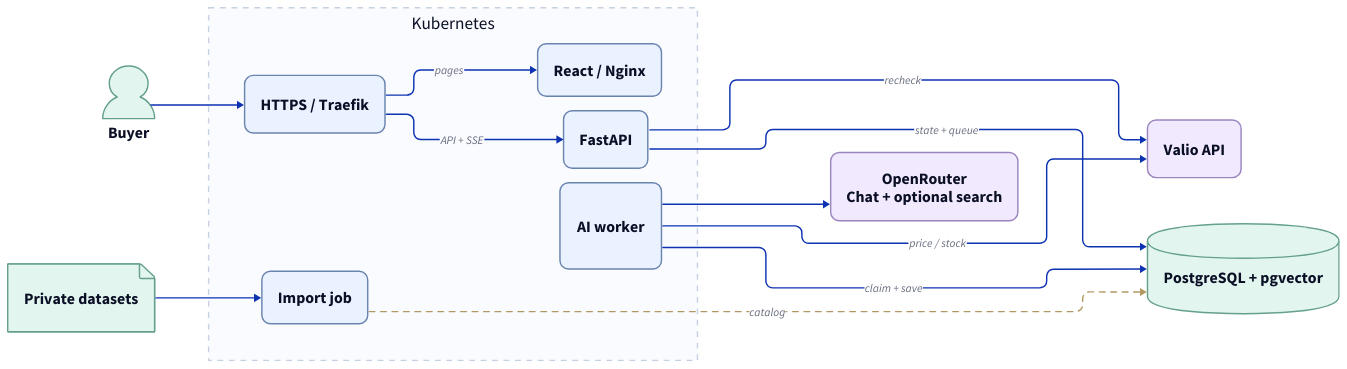
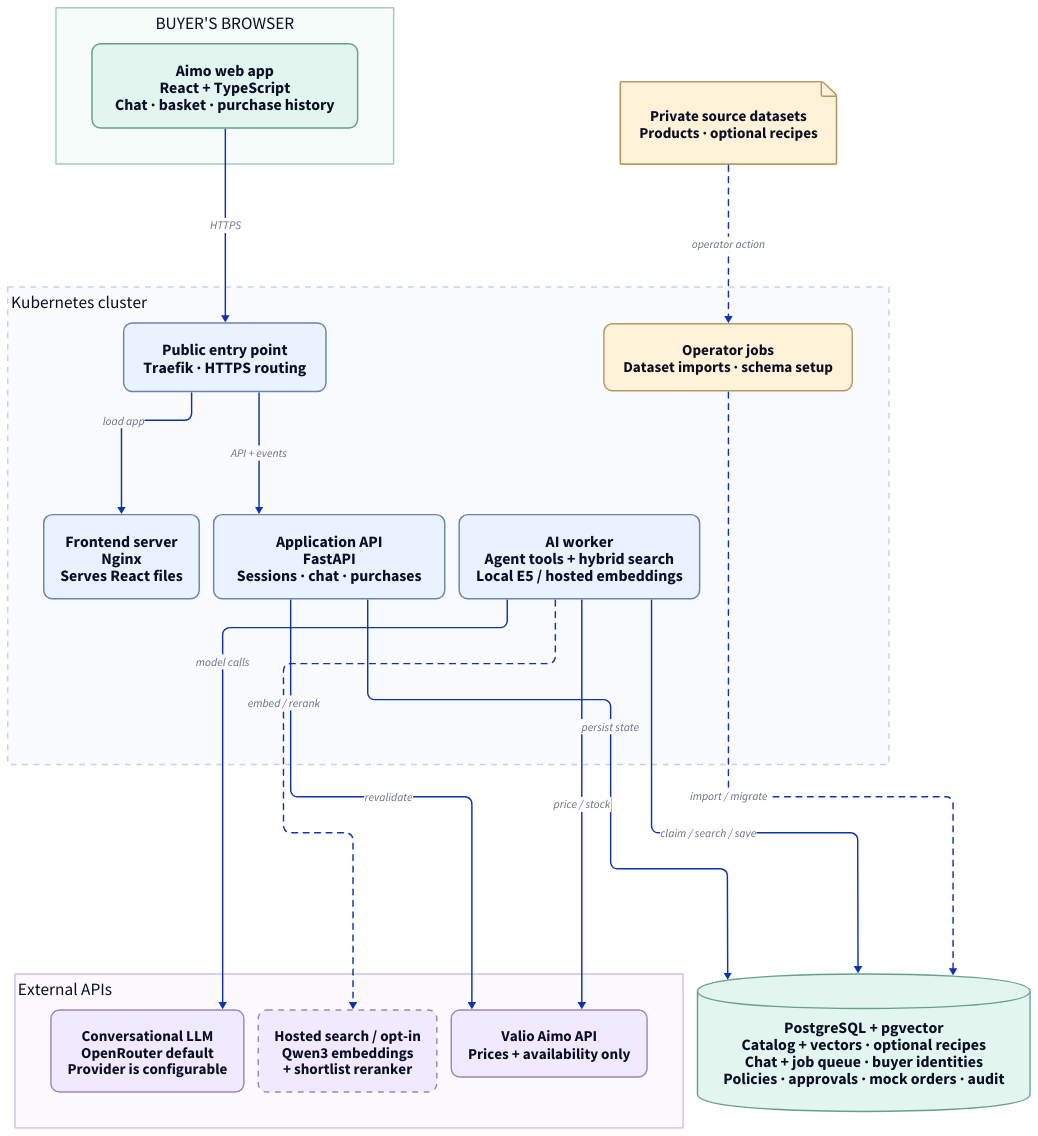
Before and after one commit to Junction-Best-Team/Main-Application: the diagram in docs/diagrams/architecture.d2, drawn with D2. The commit also changed 7 other files, not shown here.

Commit message:
docs: clarify application boundaries and detail agent execution

```diff
--- a/docs/diagrams/architecture.d2
+++ b/docs/diagrams/architecture.d2
@@ -1,46 +1,44 @@
-# Render with free D2 + ELK. See README.md in this directory.
-vars: {
-  d2-config: {
-    layout-engine: elk
-    theme-id: 0
-    pad: 40
-  }
+vars: {d2-config: {layout-engine: elk; theme-id: 0; pad: 35}}
+direction: down
+classes: {
+  app: {style: {fill: "#EAF1FF"; stroke: "#6984AE"; border-radius: 12; font-size: 22}}
+  human: {style: {fill: "#E2F5EF"; stroke: "#65A08D"; border-radius: 12; font-size: 22}}
+  external: {style: {fill: "#F1EAFF"; stroke: "#9B85BE"; border-radius: 12; font-size: 21}}
+  ops: {style: {fill: "#FFF2D9"; stroke: "#B29963"; border-radius: 12; font-size: 21}}
 }
-direction: right
-classes: {
-  app: {
-    style: {fill: "#EAF1FF"; stroke: "#6984AE"; border-radius: 12; font-size: 22}
-  }
-  external: {
-    style: {fill: "#F1EAFF"; stroke: "#9B85BE"; border-radius: 12; font-size: 22}
-  }
-  data: {
-    style: {fill: "#E2F5EF"; stroke: "#65A08D"; font-size: 22}
-  }
+browser: "BUYER'S BROWSER" {
+  style: {fill: "#F5FCF9"; stroke: "#A7CABD"; font-size: 24}
+  ui: "Aimo web app\nReact + TypeScript\nChat · basket · purchase history" {class: human}
 }
-buyer: Buyer {class: data; shape: person}
-cluster: Kubernetes {
+cluster: "Kubernetes cluster" {
+  label.near: top-left
   style: {fill: "#FAFBFE"; stroke: "#C6D2E2"; stroke-dash: 4; font-size: 24}
-  ingress: HTTPS / Traefik {class: app}
-  frontend: React / Nginx {class: app}
-  api: FastAPI {class: app}
-  worker: AI worker {class: app}
-  import: Import job {class: app}
-  ingress -> frontend: pages
-  ingress -> api: API + SSE
+  entry: "Public entry point\nTraefik · HTTPS routing" {class: app}
+  web: "Frontend server\nNginx\nServes React files" {class: app}
+  api: "Application API\nFastAPI\nSessions · chat · purchases" {class: app}
+  worker: "AI worker\nAgent tools + hybrid search\nLocal E5 / hosted embeddings" {class: app}
+  job: "Operator jobs\nDataset imports · schema setup" {class: ops}
+  entry -> web: load app
+  entry -> api: API + events
 }
-db: PostgreSQL + pgvector {class: data; shape: cylinder}
-ai: OpenRouter {
-  class: external
-  label: "OpenRouter\nChat + optional search"
+db: "PostgreSQL + pgvector\nCatalog + vectors · optional recipes\nChat + job queue · buyer identities\nPolicies · approvals · mock orders · audit" {
+  shape: cylinder
+  style: {fill: "#E2F5EF"; stroke: "#65A08D"; font-size: 22}
 }
-valio: Valio API {class: external}
-catalog: Private datasets {class: data; shape: page}
-buyer -> cluster.ingress
-cluster.api -> db: state + queue
-cluster.worker -> db: claim + save
-cluster.worker -> ai
-cluster.worker -> valio: price / stock
-cluster.api -> valio: recheck
-catalog -> cluster.import
-cluster.import -> db: catalog {style.stroke: "#B29963"; style.stroke-dash: 4}
+providers: "External APIs" {
+  label.near: top-left
+  style: {fill: "#FCFAFF"; stroke: "#CFC0E1"; font-size: 24}
+  chat: "Conversational LLM\nOpenRouter default\nProvider is configurable" {class: external}
+  search: "Hosted search / opt-in\nQwen3 embeddings\n+ shortlist reranker" {class: external; style.stroke-dash: 4}
+  supplier: "Valio Aimo API\nPrices + availability only" {class: external}
+}
+inputs: "Private source datasets\nProducts · optional recipes" {class: ops; shape: page}
+browser.ui -> cluster.entry: HTTPS
+cluster.api -> db: persist state
+cluster.worker -> db: claim / search / save
+cluster.worker -> providers.chat: model calls
+cluster.worker -> providers.search: embed / rerank {style.stroke-dash: 4}
+cluster.worker -> providers.supplier: price / stock
+cluster.api -> providers.supplier: revalidate
+inputs -> cluster.job: operator action {style.stroke-dash: 4}
+cluster.job -> db: import / migrate {style.stroke-dash: 4}
```
